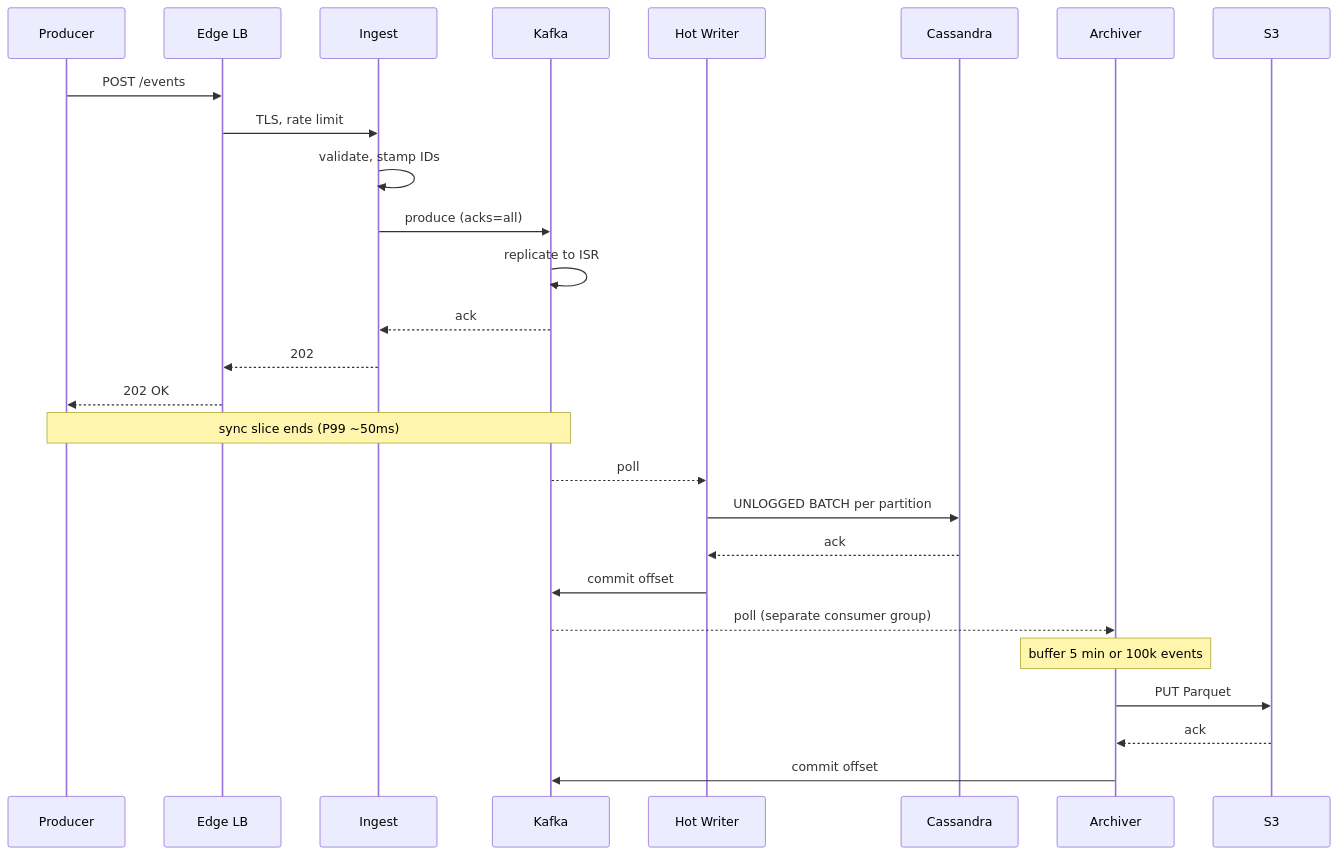
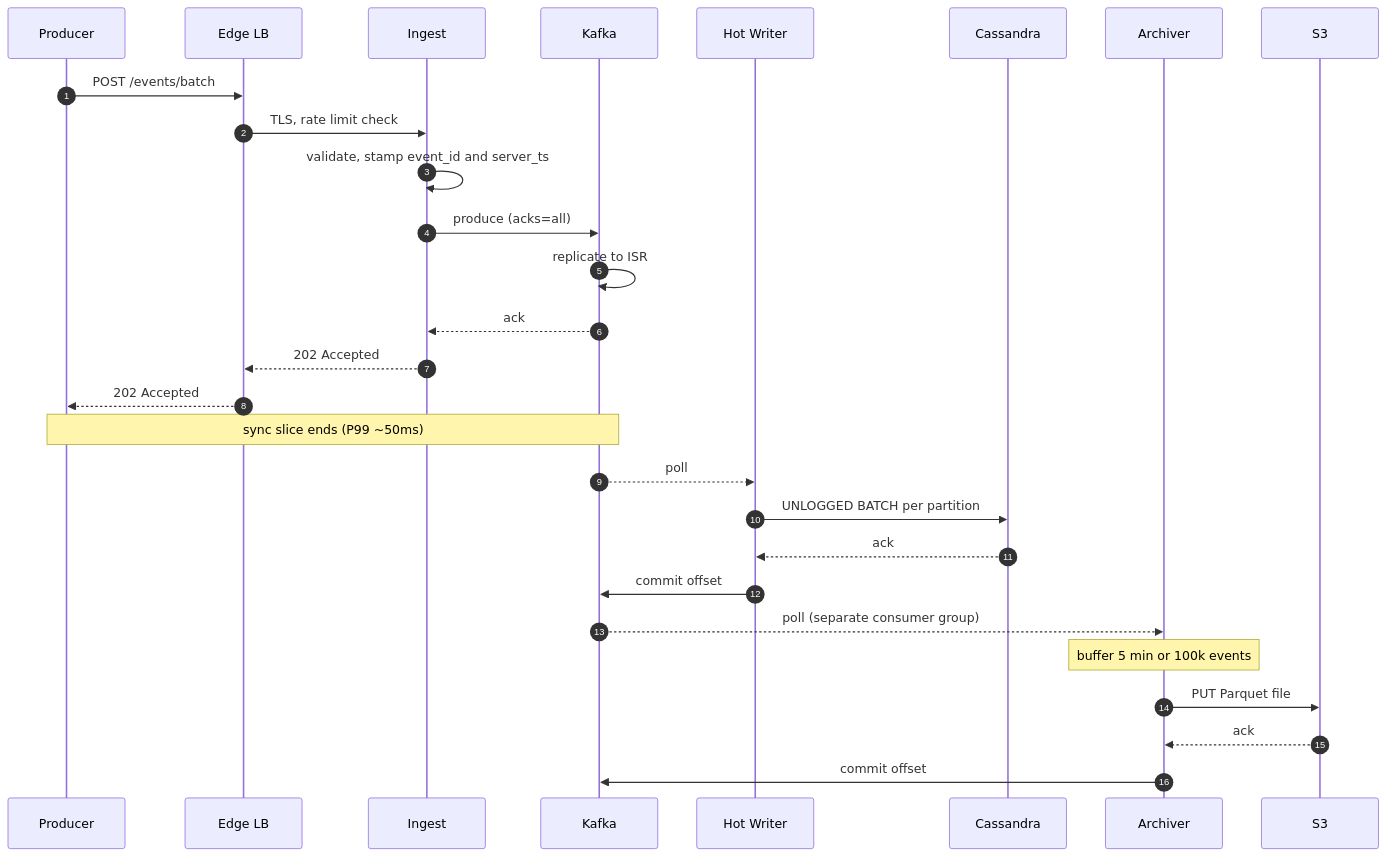
Before and after one commit to shiningflash/system-design: the seventh of 8 diagrams in problems/018-write-heavy-patterns/solution.md, drawn with Mermaid. The commit also changed other lines of this file and 38 other files, not shown here.

````diff
--- a/problems/018-write-heavy-patterns/solution.md
+++ b/problems/018-write-heavy-patterns/solution.md
@@ -365,32 +336,33 @@
 ```mermaid
 sequenceDiagram
+    autonumber
     participant P as Producer
     participant E as Edge LB
     participant I as Ingest
     participant K as Kafka
     participant HW as Hot Writer
     participant Cs as Cassandra
     participant A as Archiver
     participant S as S3
 
-    P->>E: POST /events
-    E->>I: TLS, rate limit
-    I->>I: validate, stamp IDs
+    P->>E: POST /events/batch
+    E->>I: TLS, rate limit check
+    I->>I: validate, stamp event_id and server_ts
     I->>K: produce (acks=all)
     K->>K: replicate to ISR
     K-->>I: ack
-    I-->>E: 202
-    E-->>P: 202 OK
+    I-->>E: 202 Accepted
+    E-->>P: 202 Accepted
     Note over P,K: sync slice ends (P99 ~50ms)
 
     K-->>HW: poll
     HW->>Cs: UNLOGGED BATCH per partition
     Cs-->>HW: ack
     HW->>K: commit offset
 
     K-->>A: poll (separate consumer group)
     Note over A: buffer 5 min or 100k events
-    A->>S: PUT Parquet
+    A->>S: PUT Parquet file
     S-->>A: ack
     A->>K: commit offset
 ```
````
